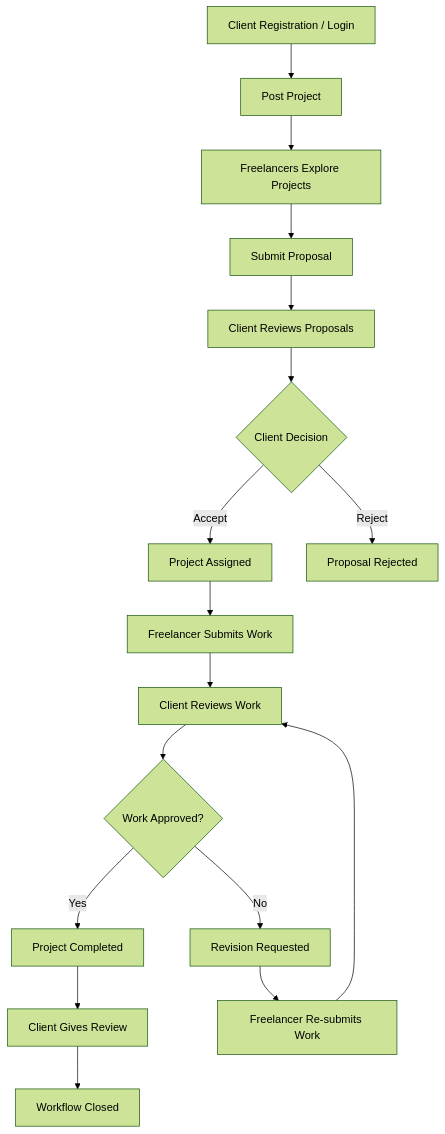
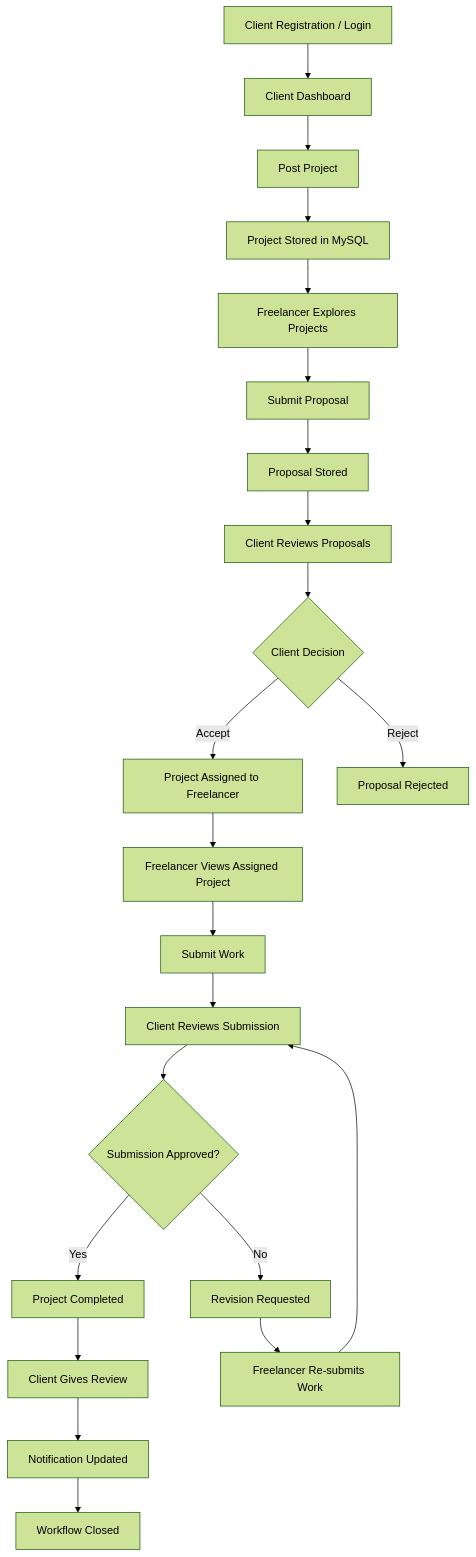
One commit to harshmagar23/WorkSphere changed the first of 4 diagrams in README.md. Above: the diagram before and after it, drawn with Mermaid (forest theme). The commit also changed other lines of this file, not shown here.

````diff
--- a/README.md
+++ b/README.md
@@ -203,24 +215,29 @@
 ```mermaid
 flowchart TD
-    A[Client Registration / Login] --> B[Post Project]
-    B --> C[Freelancers Explore Projects]
-    C --> D[Submit Proposal]
-    D --> E[Client Reviews Proposals]
-    E --> F{Client Decision}
+    A[Client Registration / Login] --> B[Client Dashboard]
+    B --> C[Post Project]
+    C --> D[Project Stored in MySQL]
+    D --> E[Freelancer Explores Projects]
+    E --> F[Submit Proposal]
+    F --> G[Proposal Stored]
+    G --> H[Client Reviews Proposals]
+    H --> I{Client Decision}
 
-    F -->|Accept| G[Project Assigned]
-    F -->|Reject| H[Proposal Rejected]
+    I -->|Accept| J[Project Assigned to Freelancer]
+    I -->|Reject| K[Proposal Rejected]
 
-    G --> I[Freelancer Submits Work]
-    I --> J[Client Reviews Work]
-    J --> K{Work Approved?}
+    J --> L[Freelancer Views Assigned Project]
+    L --> M[Submit Work]
+    M --> N[Client Reviews Submission]
+    N --> O{Submission Approved?}
 
-    K -->|Yes| L[Project Completed]
-    K -->|No| M[Revision Requested]
+    O -->|Yes| P[Project Completed]
+    O -->|No| Q[Revision Requested]
 
-    M --> N[Freelancer Re-submits Work]
-    N --> J
+    Q --> R[Freelancer Re-submits Work]
+    R --> N
 
-    L --> O[Client Gives Review]
-    O --> P[Workflow Closed]
+    P --> S[Client Gives Review]
+    S --> T[Notification Updated]
+    T --> U[Workflow Closed]
 ```
````
